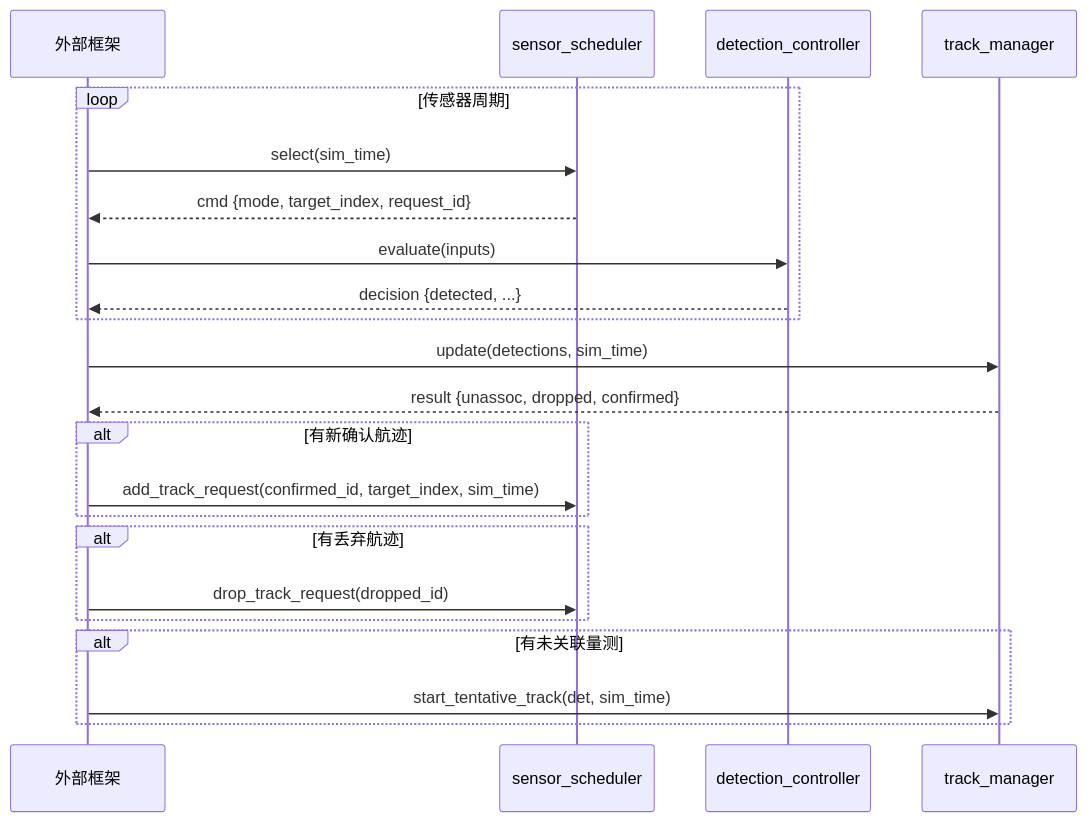
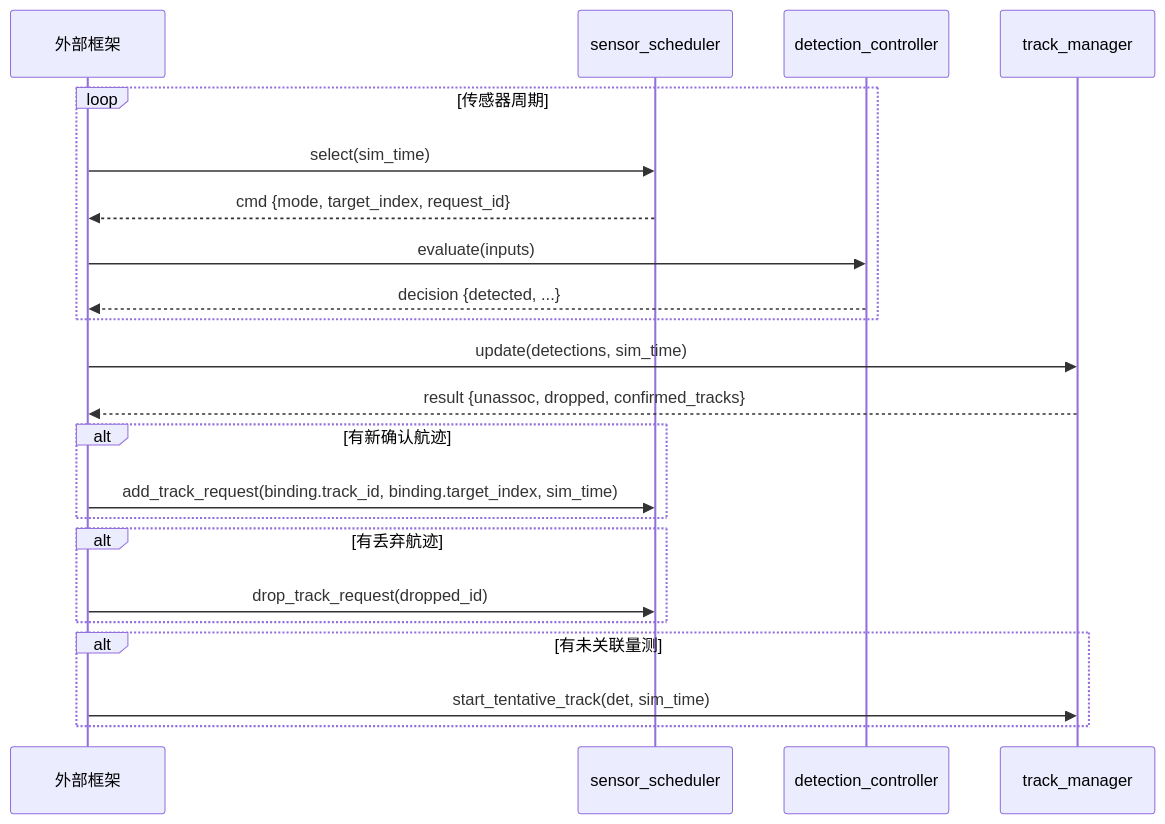
One commit to xin-gao-04/xsf-math changed the fourth of 4 diagrams in docs/行为层/跟踪/航迹管理工作流.md. Above: the diagram before and after it, drawn with Mermaid. The commit also changed other lines of this file and 47 other files, not shown here.

````diff
--- a/docs/行为层/跟踪/航迹管理工作流.md
+++ b/docs/行为层/跟踪/航迹管理工作流.md
@@ -109,29 +109,29 @@
 ```mermaid
 sequenceDiagram
     participant F as 外部框架
     participant S as sensor_scheduler
     participant D as detection_controller
     participant T as track_manager
 
     loop 传感器周期
         F->>S: select(sim_time)
         S-->>F: cmd {mode, target_index, request_id}
         F->>D: evaluate(inputs)
         D-->>F: decision {detected, ...}
     end
 
     F->>T: update(detections, sim_time)
-    T-->>F: result {unassoc, dropped, confirmed}
+    T-->>F: result {unassoc, dropped, confirmed_tracks}
 
     alt 有新确认航迹
-        F->>S: add_track_request(confirmed_id, target_index, sim_time)
+        F->>S: add_track_request(binding.track_id, binding.target_index, sim_time)
     end
 
     alt 有丢弃航迹
         F->>S: drop_track_request(dropped_id)
     end
 
     alt 有未关联量测
         F->>T: start_tentative_track(det, sim_time)
     end
 ```
````
